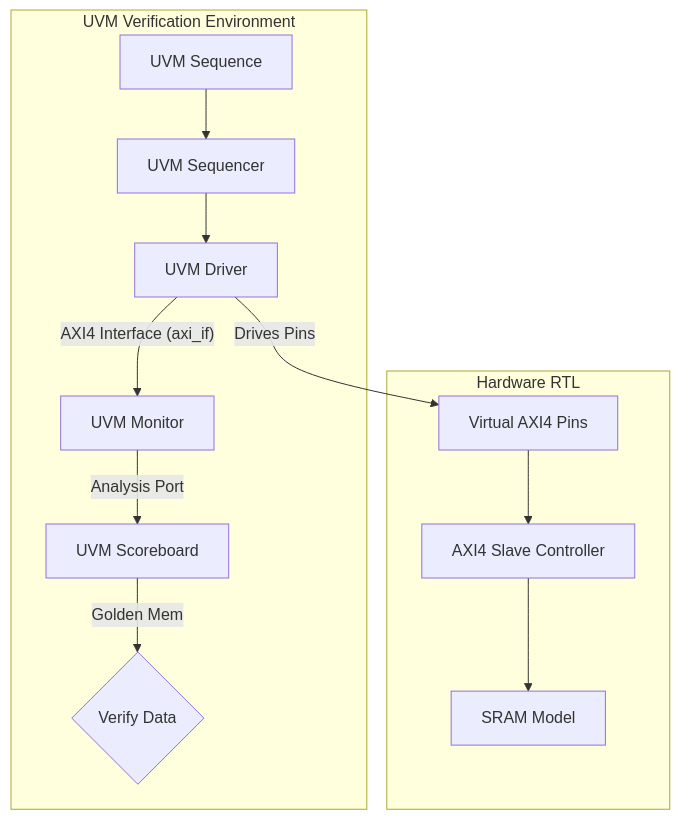
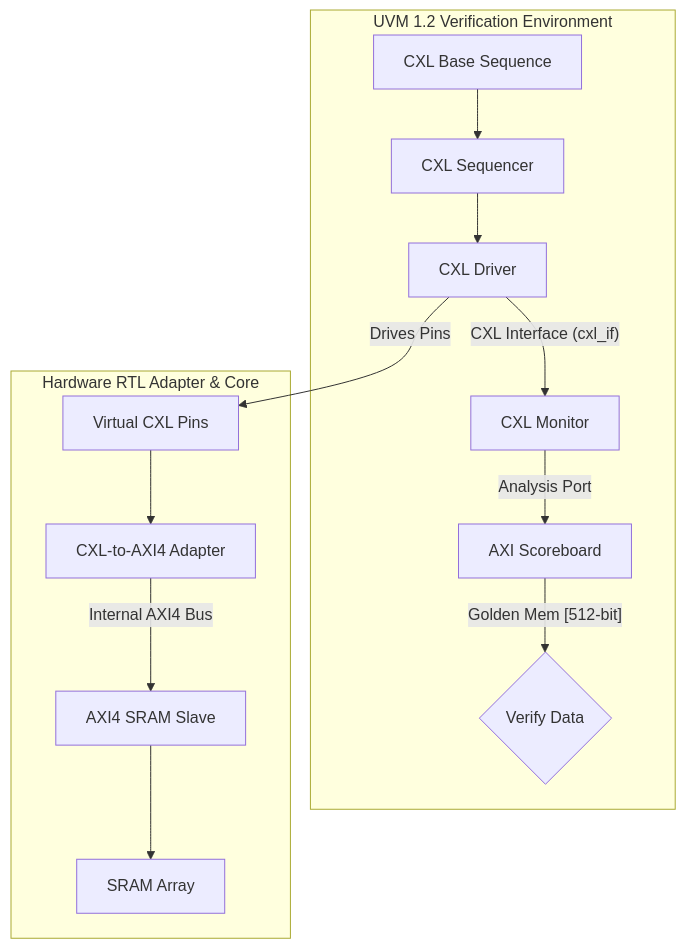
Before and after one commit to Bhavin-umatiya/-AXI4-Memory-Controller: the diagram in README.md, drawn with Mermaid. The commit also changed other lines of this file and 1 other file, not shown here.

Commit message:
Design & Verification: Upgrade AXI4 Controller to CXL.mem Type 3 Memory Expander with SVA Concurrent Protocol Checkers

````diff
--- a/README.md
+++ b/README.md
@@ -26,17 +32,18 @@
 ```mermaid
 graph TD
-    subgraph UVM Verification Environment
-        Seq[UVM Sequence] --> Sqr[UVM Sequencer]
-        Sqr --> Drv[UVM Driver]
-        Drv -- "AXI4 Interface (axi_if)" --> Mon[UVM Monitor]
-        Mon -- "Analysis Port" --> Scb[UVM Scoreboard]
-        Scb -- "Golden Mem" --> Match{Verify Data}
+    subgraph UVM 1.2 Verification Environment
+        Seq[CXL Base Sequence] --> Sqr[CXL Sequencer]
+        Sqr --> Drv[CXL Driver]
+        Drv -- "CXL Interface (cxl_if)" --> Mon[CXL Monitor]
+        Mon -- "Analysis Port" --> Scb[AXI Scoreboard]
+        Scb -- "Golden Mem [512-bit]" --> Match{Verify Data}
     end
 
-    subgraph Hardware RTL
-        vif[Virtual AXI4 Pins] --> Slave[AXI4 Slave Controller]
-        Slave --> SRAM[SRAM Model]
+    subgraph Hardware RTL Adapter & Core
+        vif[Virtual CXL Pins] --> Adapter[CXL-to-AXI4 Adapter]
+        Adapter -- "Internal AXI4 Bus" --> Slave[AXI4 SRAM Slave]
+        Slave --> SRAM[SRAM Array]
     end
 
     Drv -- "Drives Pins" --> vif
 ```
````
